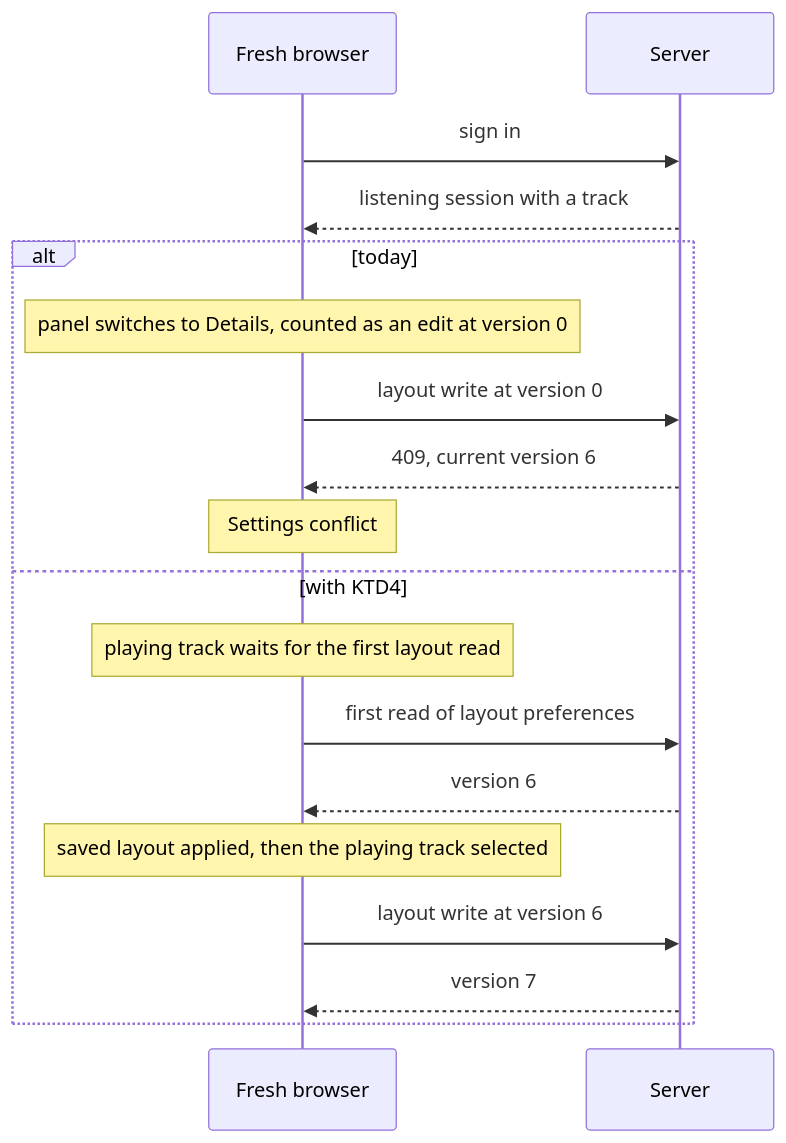
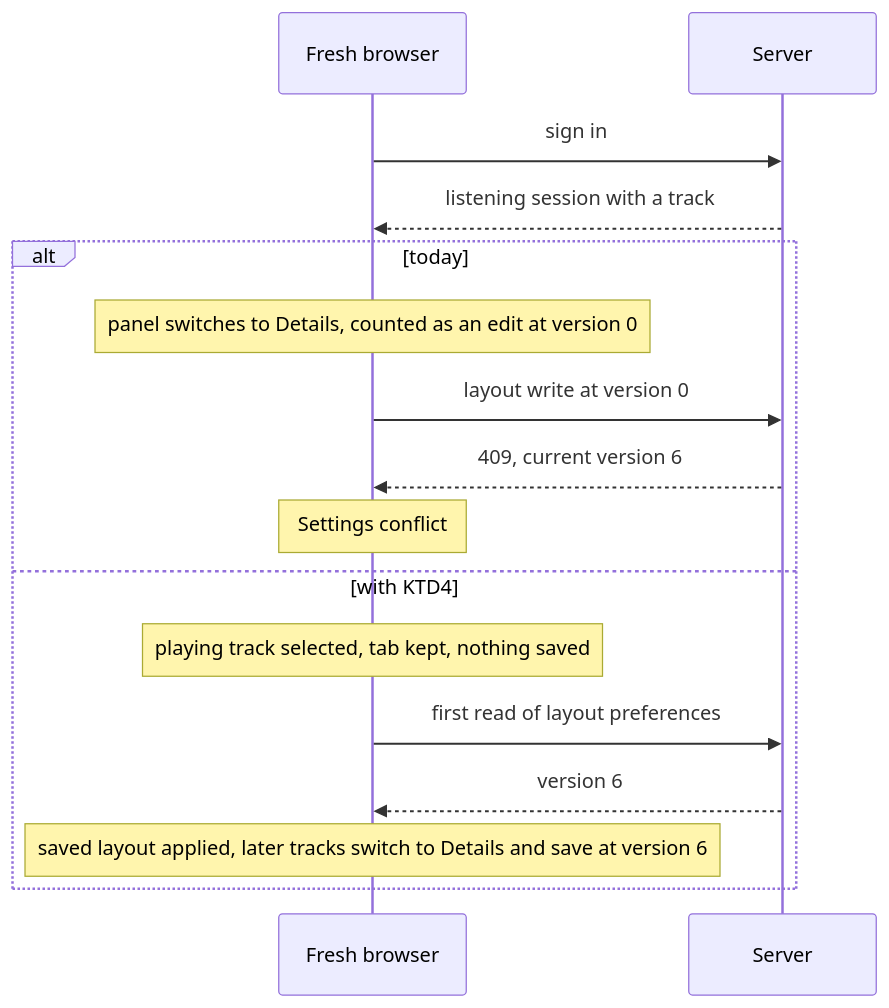
One commit to baander-app/baander changed the diagram in docs/plans/2026-11-18-0004-fix-styling-specs-and-login-settings-conflict-plan.md. Above: the diagram before and after it, drawn with Mermaid. The commit also changed other lines of this file, not shown here.

````diff
--- a/docs/plans/2026-11-18-0004-fix-styling-specs-and-login-settings-conflict-plan.md
+++ b/docs/plans/2026-11-18-0004-fix-styling-specs-and-login-settings-conflict-plan.md
@@ -91,20 +96,18 @@
 ```mermaid
 sequenceDiagram
   participant B as Fresh browser
   participant S as Server
   B->>S: sign in
   S-->>B: listening session with a track
   alt today
     Note over B: panel switches to Details, counted as an edit at version 0
     B->>S: layout write at version 0
     S-->>B: 409, current version 6
     Note over B: Settings conflict
   else with KTD4
-    Note over B: playing track waits for the first layout read
+    Note over B: playing track selected, tab kept, nothing saved
     B->>S: first read of layout preferences
     S-->>B: version 6
-    Note over B: saved layout applied, then the playing track selected
-    B->>S: layout write at version 6
-    S-->>B: version 7
+    Note over B: saved layout applied, later tracks switch to Details and save at version 6
   end
 ```
````
